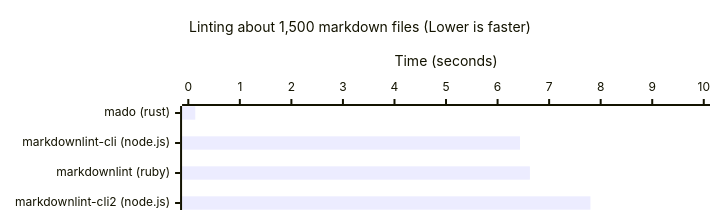
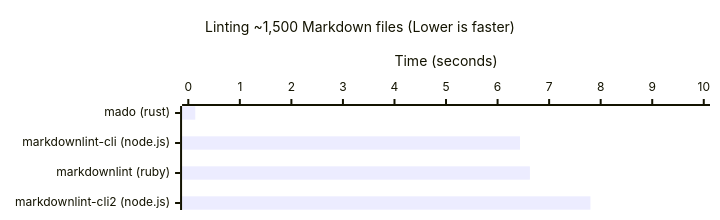
One commit to jasonxue1/mado changed the diagram in README.md. Above: the diagram before and after it, drawn with Mermaid. The commit also changed other lines of this file, not shown here.

````diff
--- a/README.md
+++ b/README.md
@@ -21,20 +22,20 @@
 ```mermaid
 ---
 config:
     xyChart:
         height: 200
         titleFontSize: 14
         chartOrientation: horizontal
         xAxis:
             labelFontSize: 12
             titleFontSize: 14
         yAxis:
             labelFontSize: 12
             titleFontSize: 14
 ---
 xychart-beta
-    title "Linting about 1,500 markdown files (Lower is faster)"
+    title "Linting ~1,500 Markdown files (Lower is faster)"
     x-axis ["mado (rust)", "markdownlint-cli (node.js)", "markdownlint (ruby)", "markdownlint-cli2 (node.js)"]
     y-axis "Time (seconds)" 0 --> 10
     bar [0.135, 6.435, 6.627, 7.801]
 ```
````
